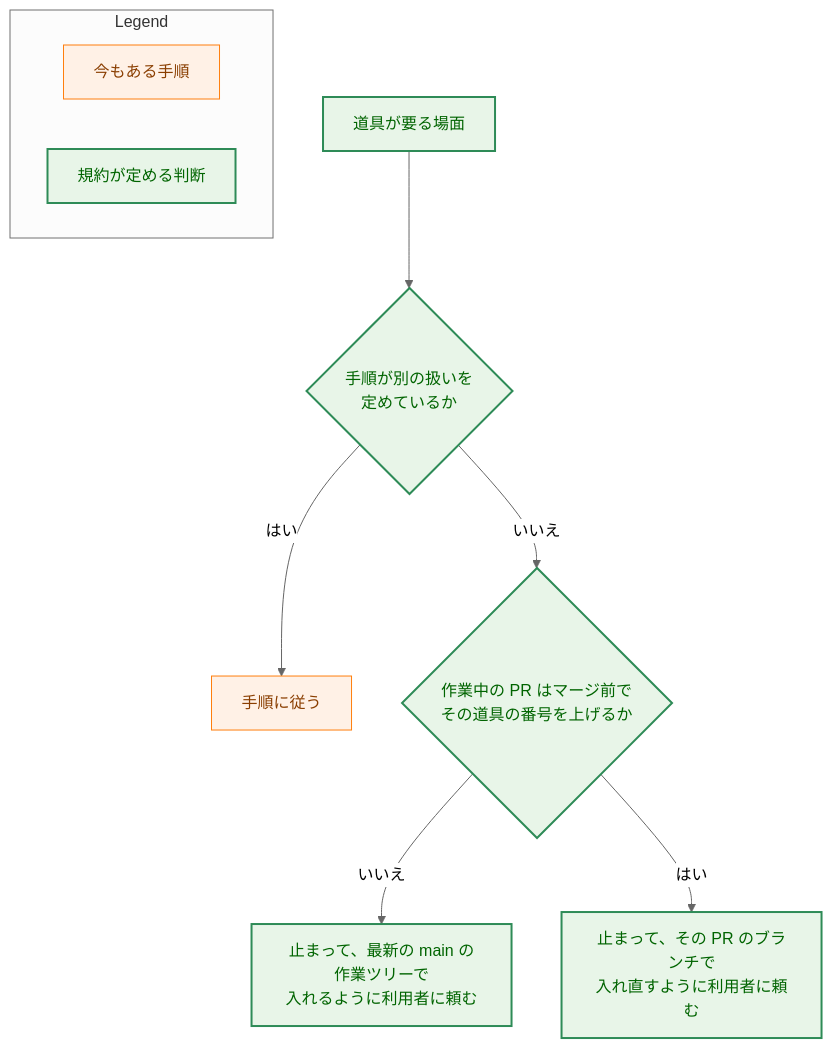
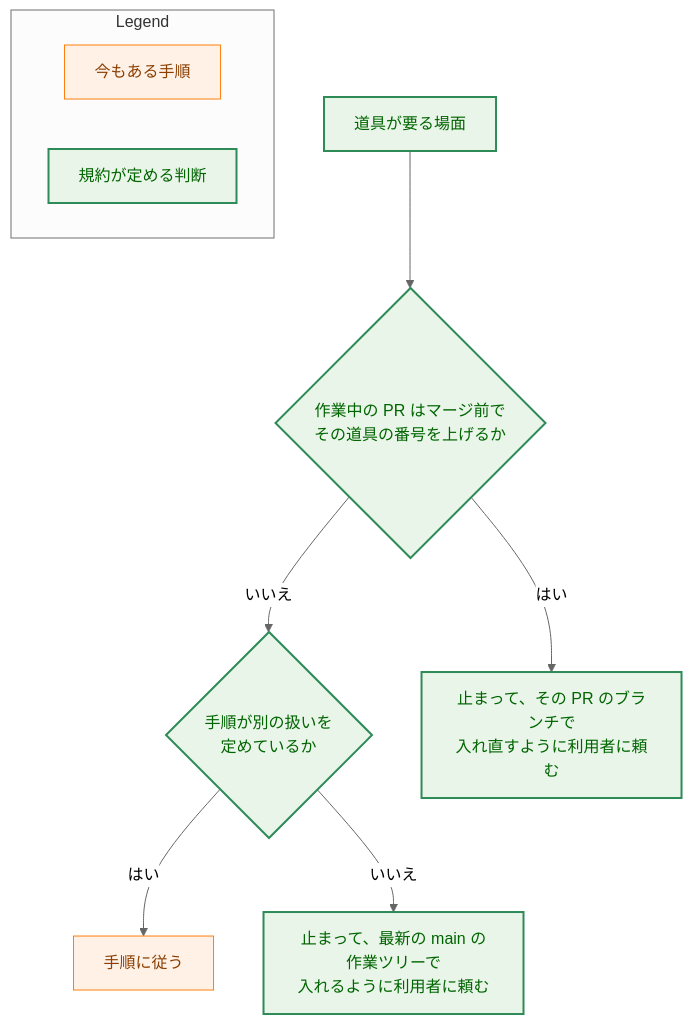
One commit to isseis/yt2column changed the fourth of 4 diagrams in docs/tasks/0112_dev_tools_convention/02_architecture.md. Above: the diagram before and after it, drawn with Mermaid (neutral theme). The commit also changed other lines of this file and 1 other file, not shown here.

First line of the commit message:
docs(0112): keep the architecture within the approved requirements

````diff
--- a/docs/tasks/0112_dev_tools_convention/02_architecture.md
+++ b/docs/tasks/0112_dev_tools_convention/02_architecture.md
@@ -455,28 +452,28 @@
 ```mermaid
 flowchart TD
     classDef process fill:#fff1e6,stroke:#ff7f0e,stroke-width:1px,color:#8a3e00;
     classDef enhanced fill:#e8f5e8,stroke:#2e8b57,stroke-width:2px,color:#006400;
 
     START["道具が要る場面"]
     PROC{"手順が別の扱いを<br>定めているか"}
     FOLLOW["手順に従う"]
     PROTO{"作業中の PR はマージ前で<br>その道具の番号を上げるか"}
     ASKMAIN["止まって、最新の main の作業ツリーで<br>入れるように利用者に頼む"]
     ASKBR["止まって、その PR のブランチで<br>入れ直すように利用者に頼む"]
 
-    START --> PROC
+    START --> PROTO
+    PROTO -->|"はい"| ASKBR
+    PROTO -->|"いいえ"| PROC
     PROC -->|"はい"| FOLLOW
-    PROC -->|"いいえ"| PROTO
-    PROTO -->|"いいえ"| ASKMAIN
-    PROTO -->|"はい"| ASKBR
+    PROC -->|"いいえ"| ASKMAIN
 
     class FOLLOW process
     class START,PROC,PROTO,ASKMAIN,ASKBR enhanced
 
     subgraph Legend["Legend"]
         L1["今もある手順"]
         L2["規約が定める判断"]
     end
     class L1 process
     class L2 enhanced
 ```
````
